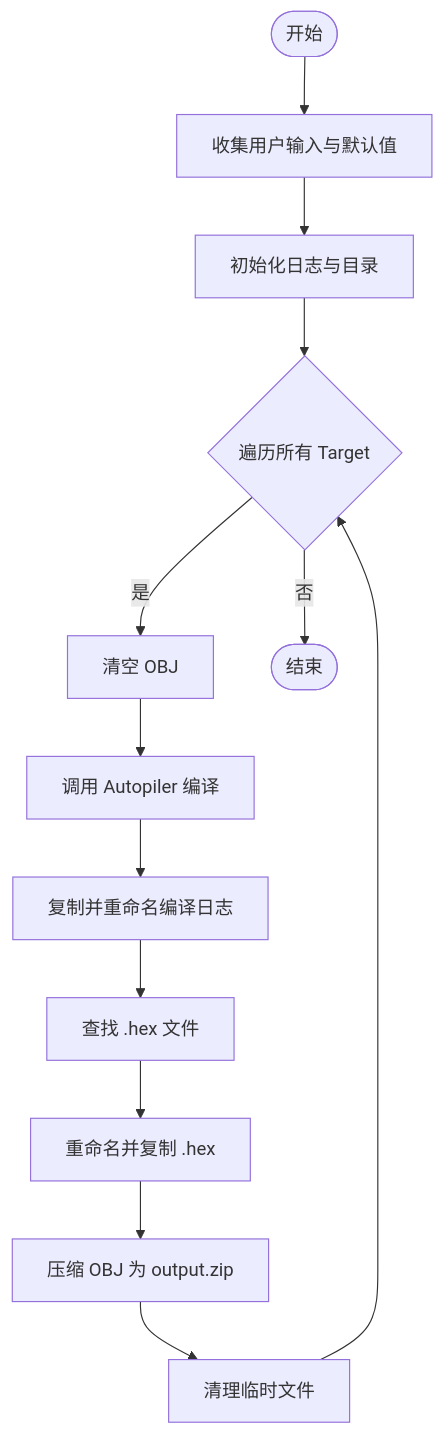
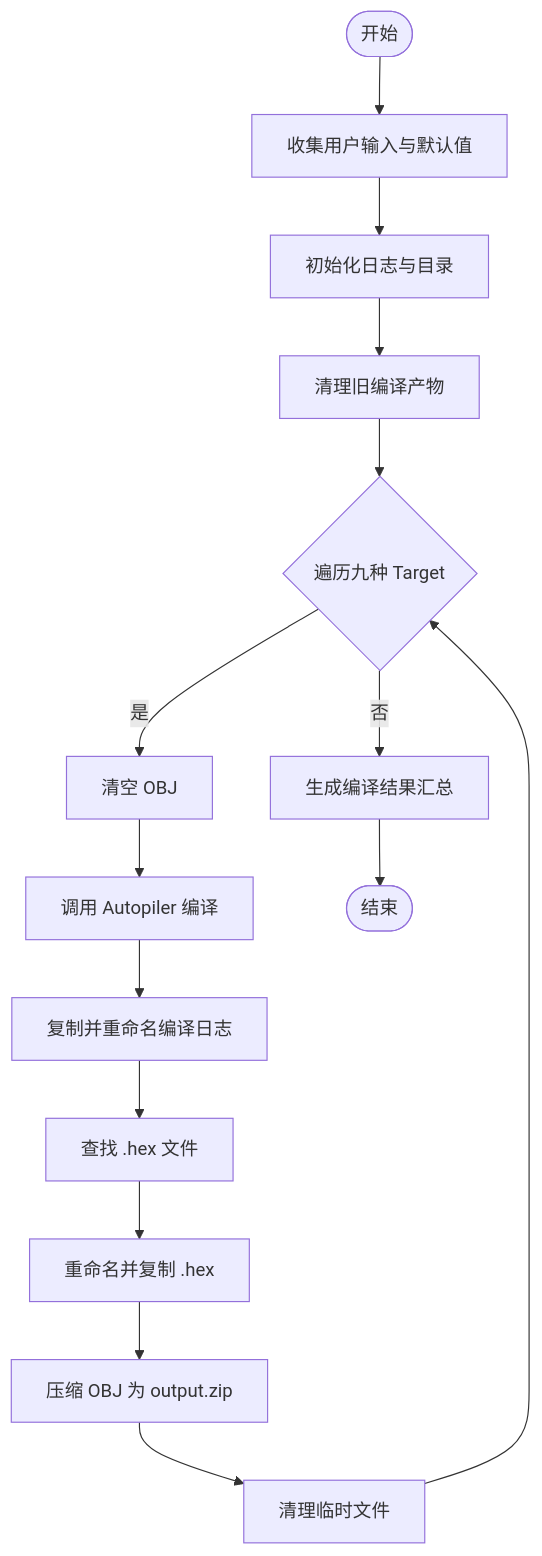
One commit to zym787/general-switcher changed the third of 5 diagrams in .qoder/repowiki/zh/content/版本管理和构建.md. Above: the diagram before and after it, drawn with Mermaid. The commit also changed other lines of this file and 5 other files, not shown here.

````diff
--- a/.qoder/repowiki/zh/content/版本管理和构建.md
+++ b/.qoder/repowiki/zh/content/版本管理和构建.md
@@ -138,15 +164,17 @@
 ```mermaid
 flowchart TD
 Start(["开始"]) --> Input["收集用户输入与默认值"]
 Input --> Init["初始化日志与目录"]
-Init --> Loop{"遍历所有 Target"}
+Init --> CleanOld["清理旧编译产物"]
+CleanOld --> Loop{"遍历九种 Target"}
 Loop --> |是| Clean["清空 OBJ"]
 Clean --> Compile["调用 Autopiler 编译"]
 Compile --> CopyLog["复制并重命名编译日志"]
 CopyLog --> FindHex["查找 .hex 文件"]
 FindHex --> RenameHex["重命名并复制 .hex"]
 RenameHex --> ZipObj["压缩 OBJ 为 output.zip"]
 ZipObj --> Cleanup["清理临时文件"]
 Cleanup --> Loop
-Loop --> |否| Done(["结束"])
+Loop --> |否| Summary["生成编译结果汇总"]
+Summary --> Done(["结束"])
 ```
````
